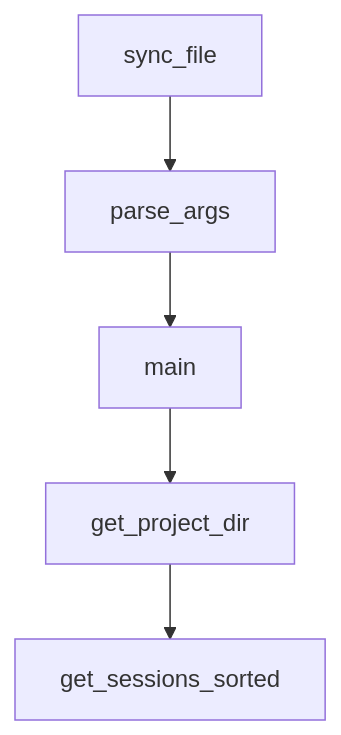
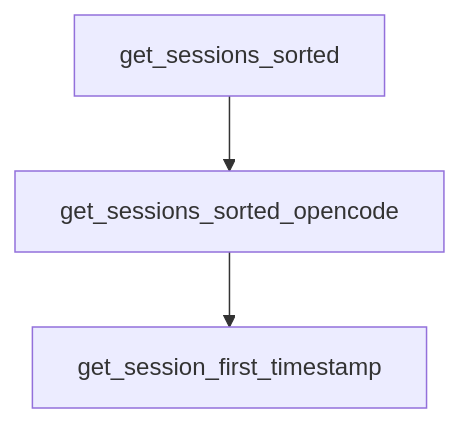
The diagram in tutorials/planning-with-files-tutorial/02-core-philosophy-and-the-3-file-pattern.md (johnxie/awesome-code-docs), drawn with Mermaid before and after one commit. The commit also changed other lines of this file and 1232 other files, not shown here.

````diff
--- a/tutorials/planning-with-files-tutorial/02-core-philosophy-and-the-3-file-pattern.md
+++ b/tutorials/planning-with-files-tutorial/02-core-philosophy-and-the-3-file-pattern.md
@@ -216,12 +173,8 @@
 ```mermaid
 flowchart TD
-    A[sync_file]
-    B[parse_args]
-    C[main]
-    D[get_project_dir]
-    E[get_sessions_sorted]
+    A[get_sessions_sorted]
+    B[get_sessions_sorted_opencode]
+    C[get_session_first_timestamp]
     A --> B
     B --> C
-    C --> D
-    D --> E
 ```
````
